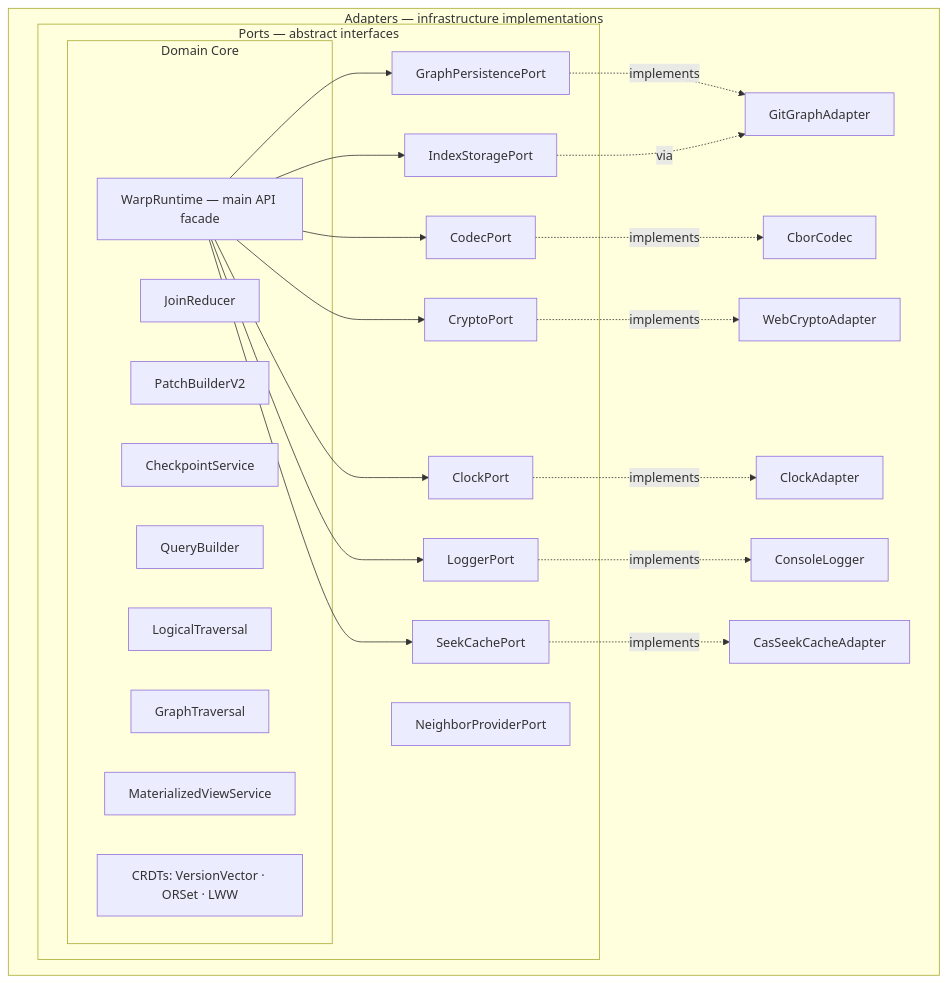
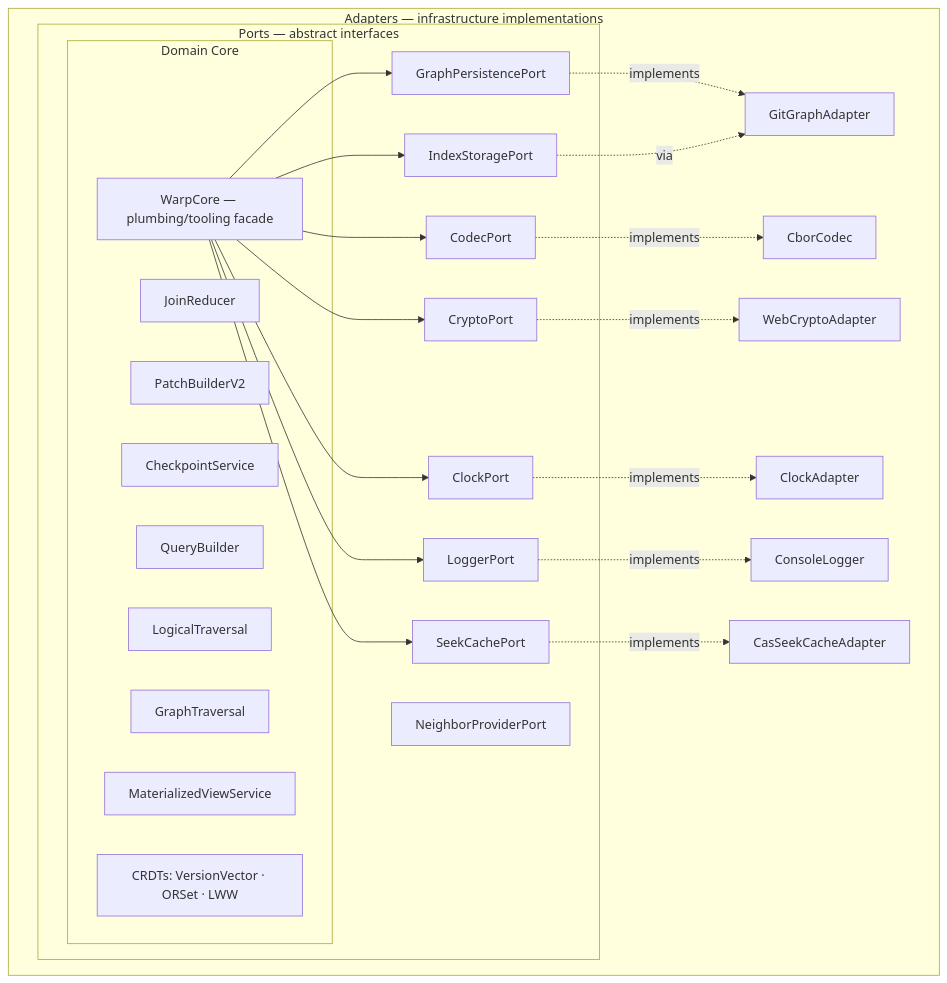
The third of 3 diagrams in README.md (git-stunts/git-warp), drawn with Mermaid before and after one commit. The commit also changed other lines of this file and 17 other files, not shown here.

Commit message:
feat!: remove WarpRuntime from the public API

````diff
--- a/README.md
+++ b/README.md
@@ -907,44 +907,44 @@
 ```mermaid
 flowchart TB
     subgraph adapters["Adapters — infrastructure implementations"]
         git["GitGraphAdapter"]
         cbor["CborCodec"]
         webcrypto["WebCryptoAdapter"]
         clocka["ClockAdapter"]
         consolel["ConsoleLogger"]
         cascache["CasSeekCacheAdapter"]
 
         subgraph ports["Ports — abstract interfaces"]
             pp["GraphPersistencePort"]
             cp["CodecPort"]
             crp["CryptoPort"]
             clp["ClockPort"]
             lp["LoggerPort"]
             ip["IndexStoragePort"]
             sp["SeekCachePort"]
             np["NeighborProviderPort"]
 
             subgraph domain["Domain Core"]
-                wg["WarpRuntime — main API facade"]
+                wg["WarpCore — plumbing/tooling facade"]
                 jr["JoinReducer"]
                 pb["PatchBuilderV2"]
                 cs["CheckpointService"]
                 qb["QueryBuilder"]
                 lt["LogicalTraversal"]
                 gt["GraphTraversal"]
                 mvs["MaterializedViewService"]
                 crdts["CRDTs: VersionVector · ORSet · LWW"]
             end
         end
     end
 
     pp -.->|implements| git
     cp -.->|implements| cbor
     crp -.->|implements| webcrypto
     clp -.->|implements| clocka
     lp -.->|implements| consolel
     sp -.->|implements| cascache
     ip -.->|via| git
 
     wg --> pp & cp & crp & clp & lp & ip & sp
 ```
````
